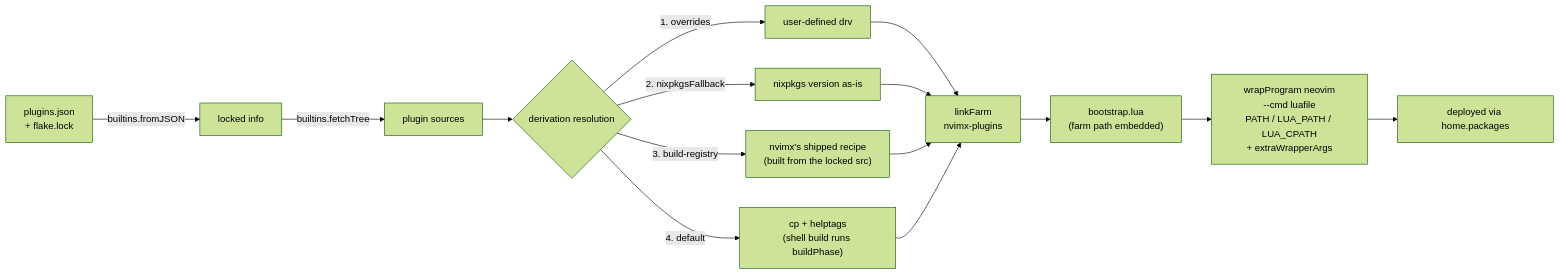
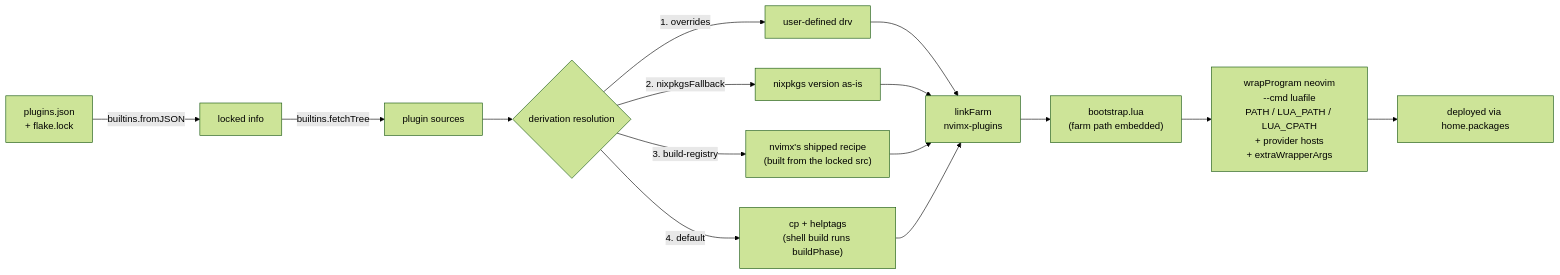
One commit to myuron/nvimx changed the third of 3 diagrams in docs/architecture.md. Above: the diagram before and after it, drawn with Mermaid (forest theme). The commit also changed other lines of this file and 6 other files, not shown here.

````diff
--- a/docs/architecture.md
+++ b/docs/architecture.md
@@ -97,14 +97,14 @@
 ```mermaid
 flowchart LR
     A["plugins.json<br/>+ flake.lock"] -- "builtins.fromJSON" --> B["locked info"]
     B -- "builtins.fetchTree" --> C["plugin sources"]
     C --> D{"derivation resolution"}
     D -- "1. overrides" --> E["user-defined drv"]
     D -- "2. nixpkgsFallback" --> F["nixpkgs version as-is"]
     D -- "3. build-registry" --> G["nvimx's shipped recipe<br/>(built from the locked src)"]
     D -- "4. default" --> H["cp + helptags<br/>(shell build runs buildPhase)"]
     E & F & G & H --> I["linkFarm<br/>nvimx-plugins"]
     I --> J["bootstrap.lua<br/>(farm path embedded)"]
-    J --> K["wrapProgram neovim<br/>--cmd luafile<br/>PATH / LUA_PATH / LUA_CPATH<br/>+ extraWrapperArgs"]
+    J --> K["wrapProgram neovim<br/>--cmd luafile<br/>PATH / LUA_PATH / LUA_CPATH<br/>+ provider hosts<br/>+ extraWrapperArgs"]
     K --> M["deployed via home.packages"]
 ```
````
